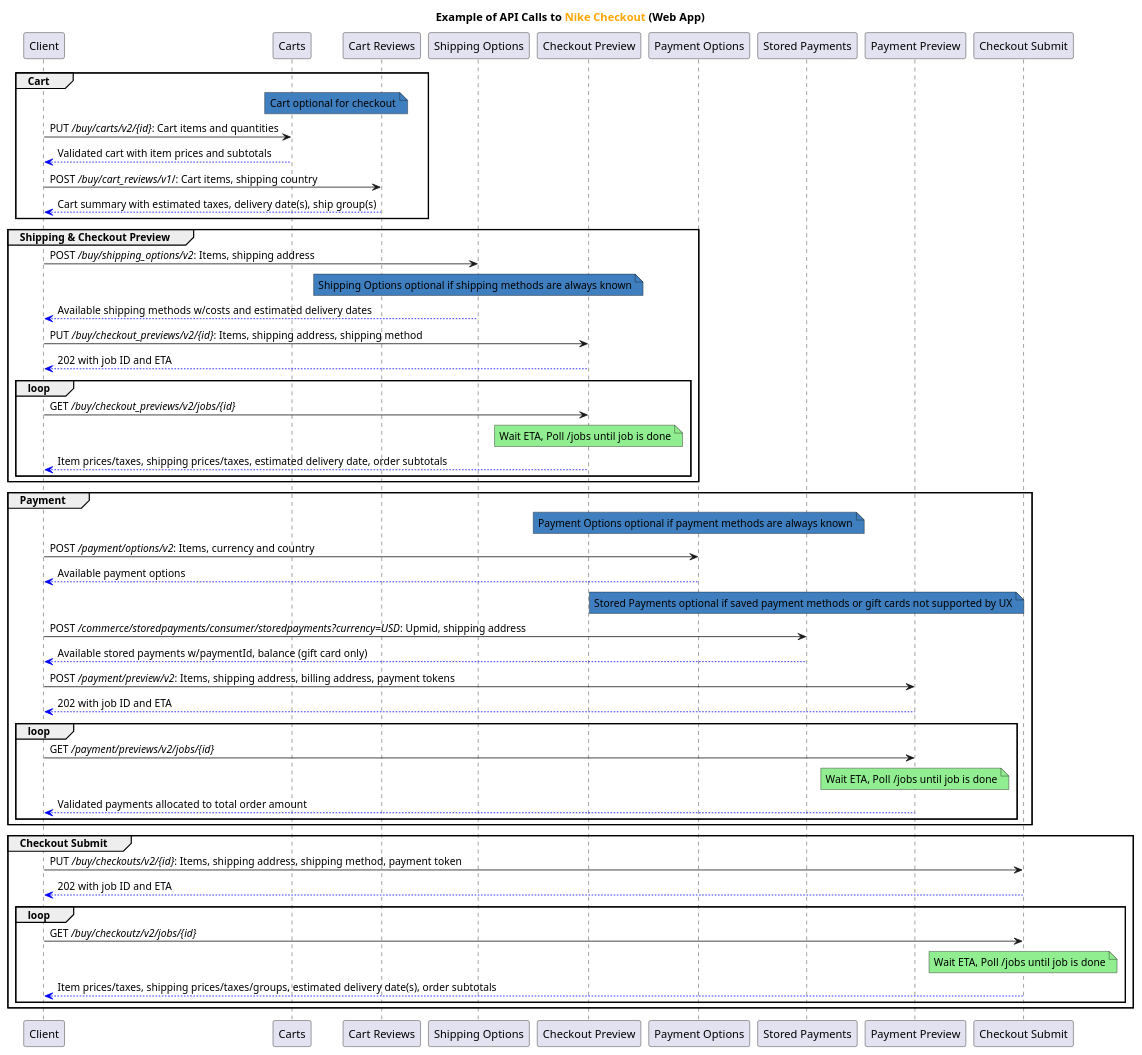
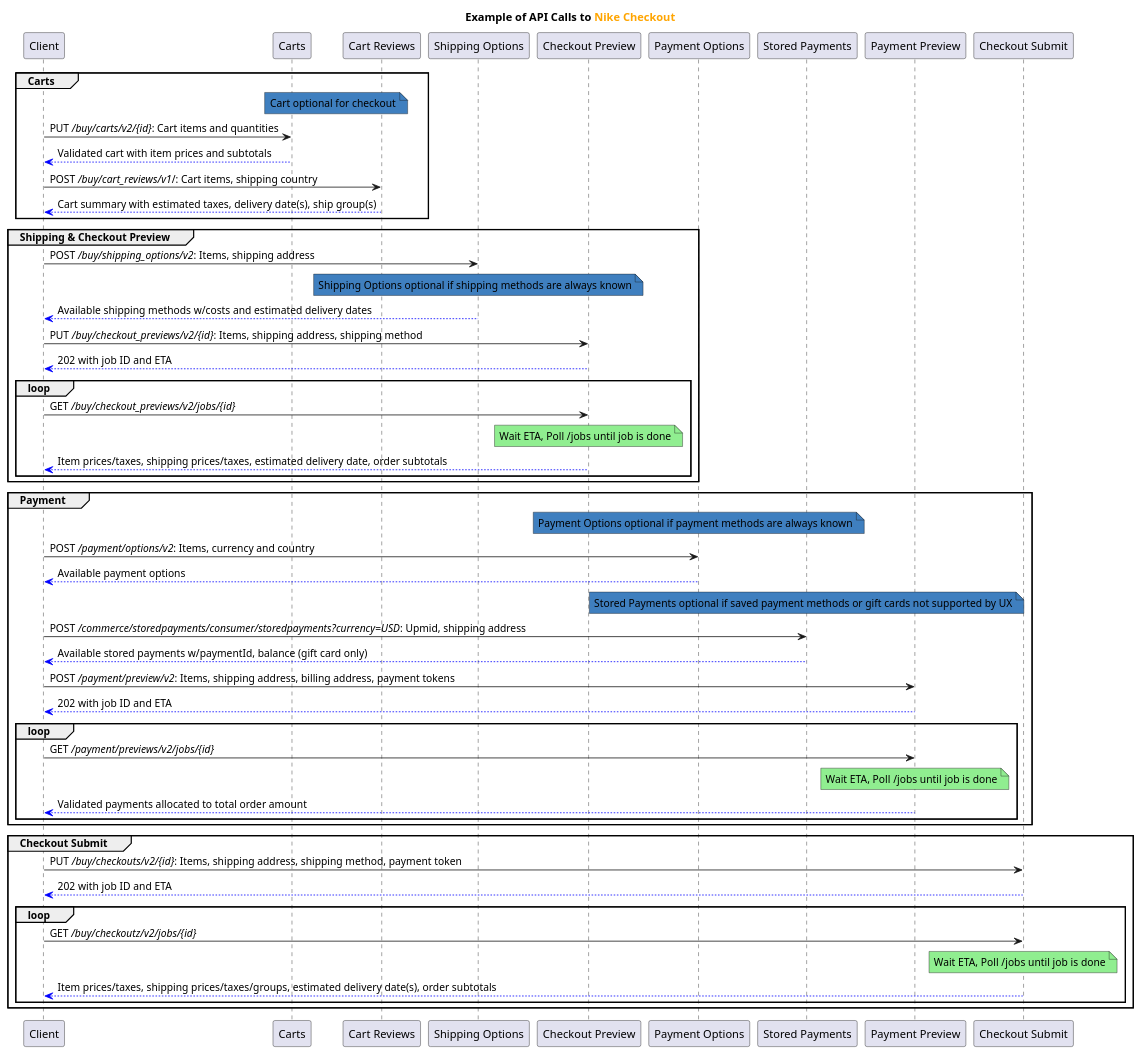
Before and after one commit to benfrick/docs-portfolio: the diagram in content/images/source-files/Checkout.puml, drawn with PlantUML. The commit also changed 5 other files, not shown here.

```diff
--- a/content/images/source-files/Checkout.puml
+++ b/content/images/source-files/Checkout.puml
@@ -1,65 +1,65 @@
 @startuml
-title Example of API Calls to <font color =orange>Nike Checkout</font> (Web App)
+title Example of API Calls to <font color =orange>Nike Checkout</font>
 
 participant Client
 participant Carts
 participant "Cart Reviews"
 participant "Shipping Options"
 participant "Checkout Preview"
 participant "Payment Options"
 participant "Stored Payments"
 participant "Payment Preview"
 participant "Checkout Submit"
 
-group Cart
+group Carts
 note over Carts, "Cart Reviews" #3F7FBF: Cart optional for checkout
 Client->Carts: PUT ///buy/carts/v2/{id}//: Cart items and quantities
 Carts-[#blue]->Client: Validated cart with item prices and subtotals
 
 Client->"Cart Reviews": POST ///buy/cart_reviews/v1///: Cart items, shipping country
 "Cart Reviews"-[#blue]->Client: Cart summary with estimated taxes, delivery date(s), ship group(s)
 end
 
 group Shipping & Checkout Preview
 
 Client->"Shipping Options": POST ///buy/shipping_options/v2//: Items, shipping address
 note over "Shipping Options" #3F7FBF: Shipping Options optional if shipping methods are always known
 "Shipping Options"-[#blue]->Client: Available shipping methods w/costs and estimated delivery dates
 
 Client->"Checkout Preview": PUT ///buy/checkout_previews/v2/{id}//: Items, shipping address, shipping method
 "Checkout Preview"-[#blue]->Client: 202 with job ID and ETA
 loop
 Client->"Checkout Preview": GET ///buy/checkout_previews/v2/jobs/{id}//
 note over "Checkout Preview" #lightgreen: Wait ETA, Poll /jobs until job is done
 "Checkout Preview"-[#blue]->Client: Item prices/taxes, shipping prices/taxes, estimated delivery date, order subtotals
 end loop
 end
 
 group Payment
 note over "Payment Options" #3F7FBF: Payment Options optional if payment methods are always known
 Client->"Payment Options": POST ///payment/options/v2//: Items, currency and country
 "Payment Options"-[#blue]->Client: Available payment options
 note over "Stored Payments" #3F7FBF: Stored Payments optional if saved payment methods or gift cards not supported by UX
 Client->"Stored Payments": POST ///commerce/storedpayments/consumer/storedpayments?currency=USD//: Upmid, shipping address
 "Stored Payments"-[#blue]->Client: Available stored payments w/paymentId, balance (gift card only)
 
 Client->"Payment Preview": POST ///payment/preview/v2//: Items, shipping address, billing address, payment tokens
 "Payment Preview"-[#blue]->Client: 202 with job ID and ETA
 loop
 Client->"Payment Preview": GET ///payment/previews/v2/jobs/{id}//
 note over "Payment Preview" #lightgreen: Wait ETA, Poll /jobs until job is done
 "Payment Preview"-[#blue]->Client: Validated payments allocated to total order amount
 end loop
 end
 
 group Checkout Submit
 Client->"Checkout Submit": PUT ///buy/checkouts/v2/{id}//: Items, shipping address, shipping method, payment token
 "Checkout Submit"-[#blue]->Client: 202 with job ID and ETA
 loop
 Client->"Checkout Submit": GET ///buy/checkoutz/v2/jobs/{id}//
 note over "Checkout Submit" #lightgreen: Wait ETA, Poll /jobs until job is done
 "Checkout Submit"-[#blue]->Client: Item prices/taxes, shipping prices/taxes/groups, estimated delivery date(s), order subtotals
 end loop
 end
 
 @enduml
```
